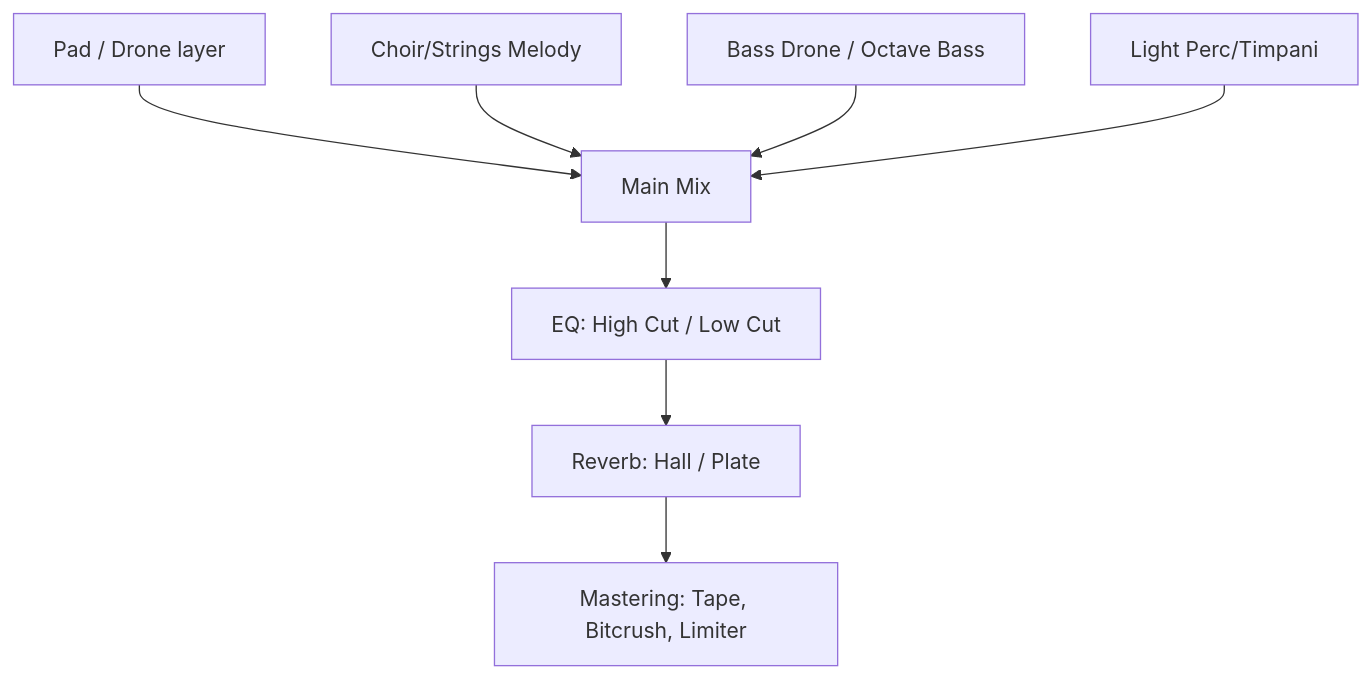
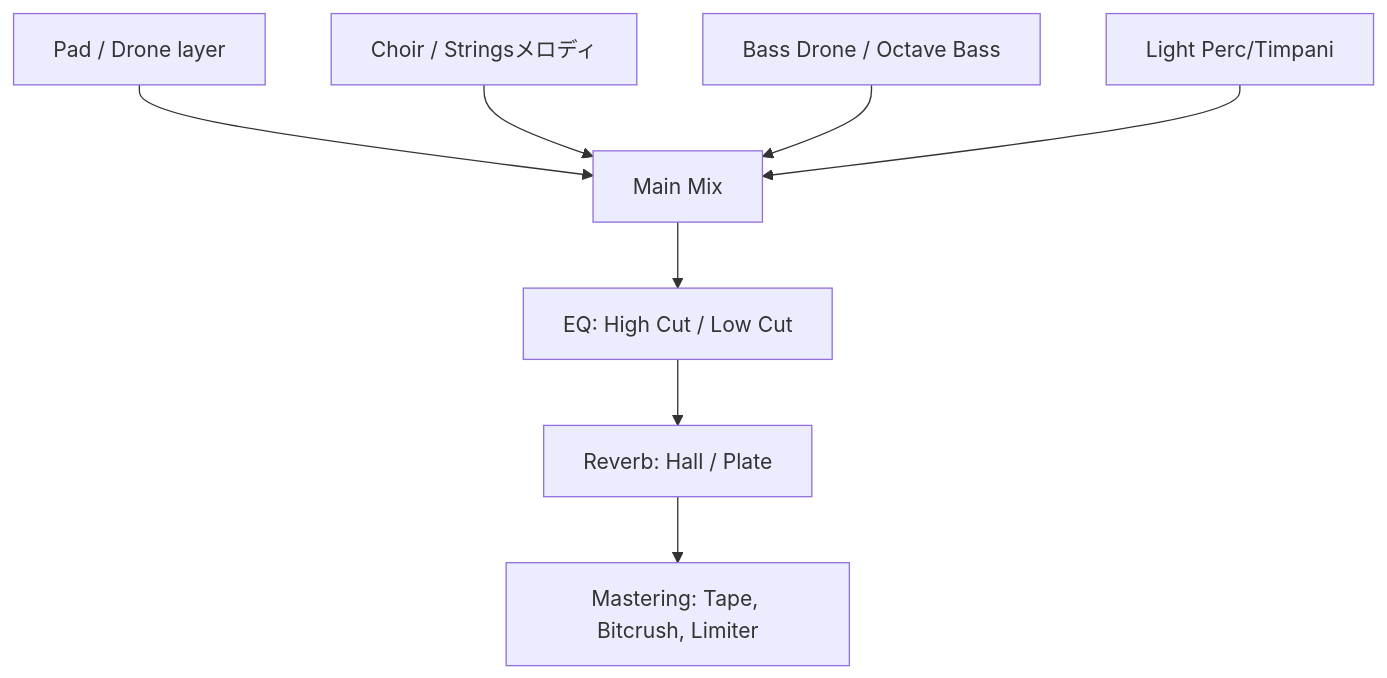
The second of 2 diagrams in en/_posts/2025-12-01-column-dungeon-synth.md (monumental-movement/monumental-movement.github.io), drawn with Mermaid before and after one commit. The commit also changed other lines of this file and 443 other files, not shown here.

```diff
--- a/en/_posts/2025-12-01-column-dungeon-synth.md
+++ b/en/_posts/2025-12-01-column-dungeon-synth.md
@@ -226,10 +226,10 @@
 <div class="mermaid">
 flowchart TD
     A["Pad / Drone layer"] --> Mix["Main Mix"]
-    B["Choir/Strings Melody"] --> Mix
+    B["Choir / Stringsメロディ"] --> Mix
     C["Bass Drone / Octave Bass"] --> Mix
     D["Light Perc/Timpani"] --> Mix
     Mix --> FX1["EQ: High Cut / Low Cut"]
     FX1 --> FX2["Reverb: Hall / Plate"]
     FX2 --> Master["Mastering: Tape, Bitcrush, Limiter"]
 </div>
```
